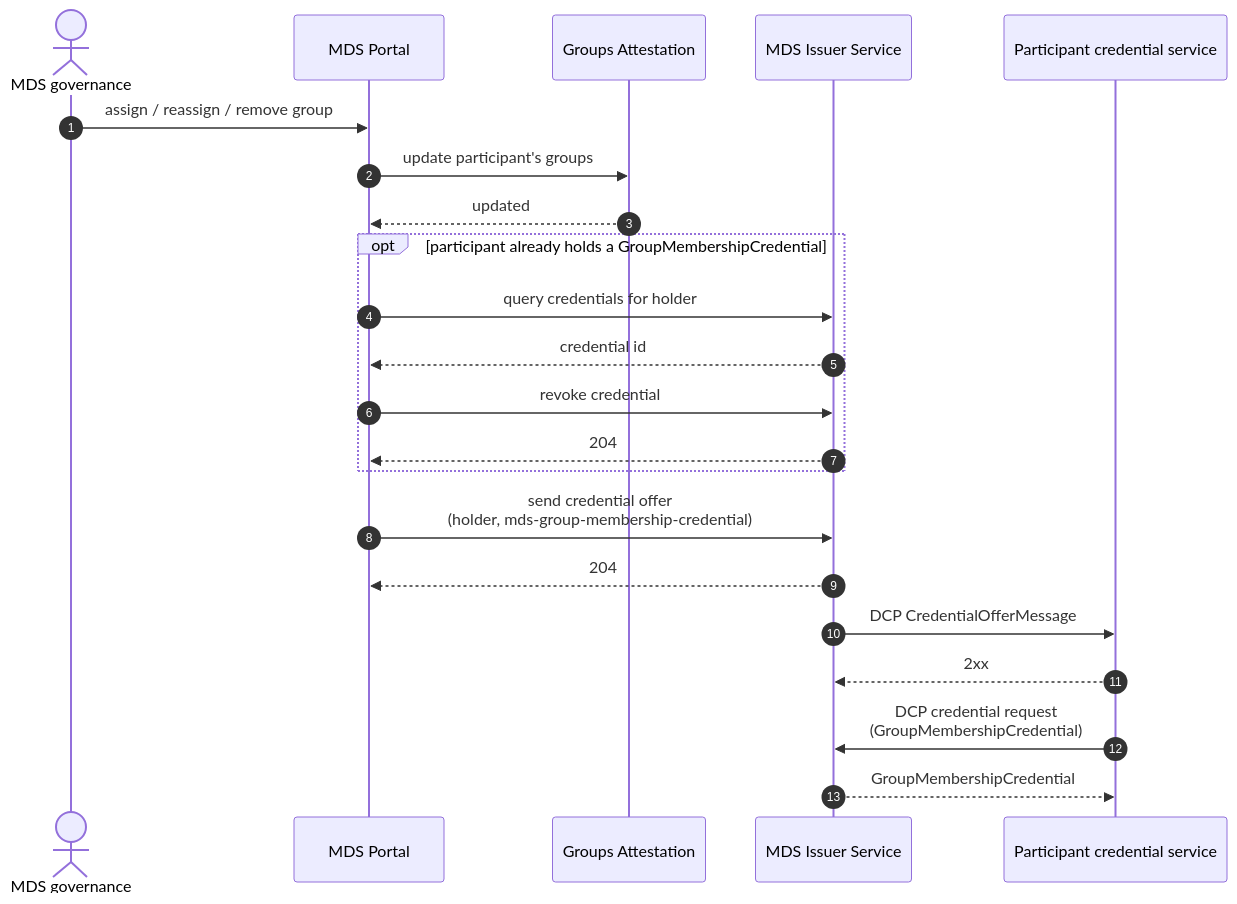
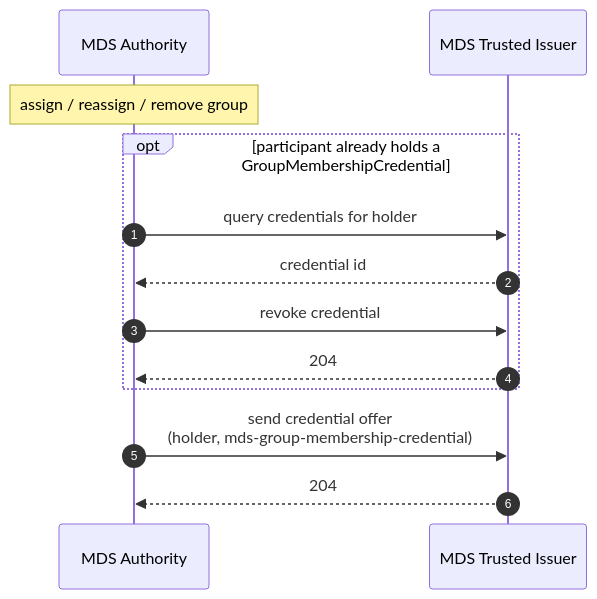
Before and after one commit to Mobility-Data-Space/mds-profile: the second of 2 diagrams in 2026/1/credentials/mds-credentials-2026-1.md, drawn with Mermaid. The commit also changed other lines of this file and 12 other files, not shown here.

````diff
--- a/2026/1/credentials/mds-credentials-2026-1.md
+++ b/2026/1/credentials/mds-credentials-2026-1.md
@@ -129,27 +129,18 @@
 ```mermaid
 sequenceDiagram
     autonumber
-    actor Admin as MDS governance
-    participant Portal as MDS Portal
-    participant GAS as Groups Attestation
-    participant Issuer as MDS Issuer Service
-    participant Holder as Participant credential service
+    participant Authority as MDS Authority
+    participant Issuer as MDS Trusted Issuer
 
-    Admin->>Portal: assign / reassign / remove group
-    Portal->>GAS: update participant's groups
-    GAS-->>Portal: updated
+    Note over Authority: assign / reassign / remove group
 
     opt participant already holds a GroupMembershipCredential
-        Portal->>Issuer: query credentials for holder
-        Issuer-->>Portal: credential id
-        Portal->>Issuer: revoke credential
-        Issuer-->>Portal: 204
+        Authority->>Issuer: query credentials for holder
+        Issuer-->>Authority: credential id
+        Authority->>Issuer: revoke credential
+        Issuer-->>Authority: 204
     end
 
-    Portal->>Issuer: send credential offer<br/>(holder, mds-group-membership-credential)
-    Issuer-->>Portal: 204
-    Issuer->>Holder: DCP CredentialOfferMessage
-    Holder-->>Issuer: 2xx
-    Holder->>Issuer: DCP credential request<br/>(GroupMembershipCredential)
-    Issuer-->>Holder: GroupMembershipCredential
+    Authority->>Issuer: send credential offer<br/>(holder, mds-group-membership-credential)
+    Issuer-->>Authority: 204
 ```
````
